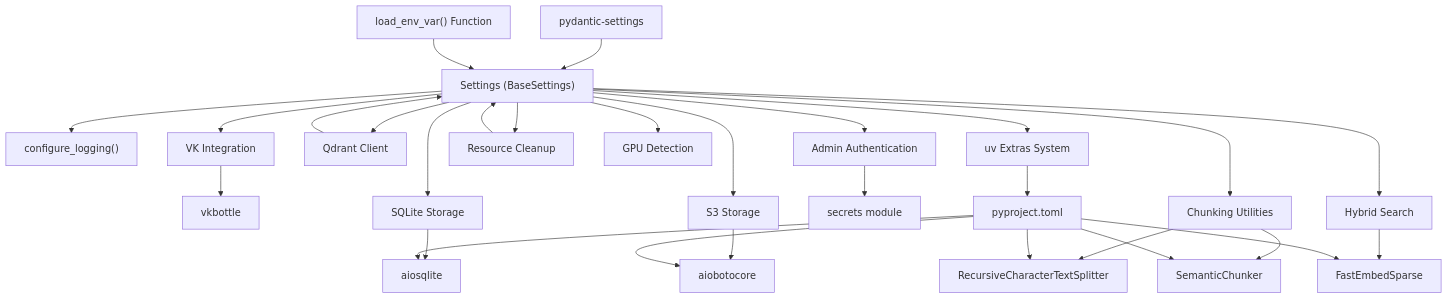
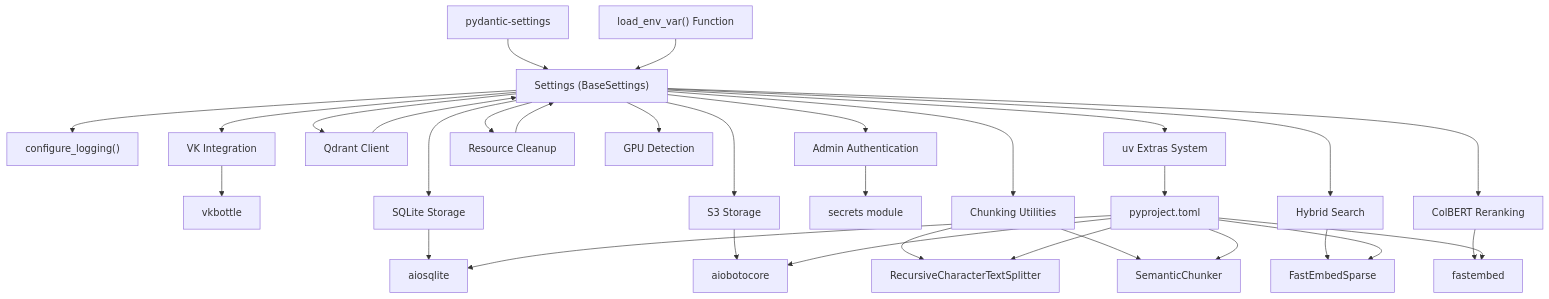
Before and after one commit to ognelis/cafetera_hr_bot: the sixth of 14 diagrams in .qoder/repowiki/en/content/Configuration Management.md, drawn with Mermaid. The commit also changed other lines of this file and 27 other files, not shown here.

````diff
--- a/.qoder/repowiki/en/content/Configuration Management.md
+++ b/.qoder/repowiki/en/content/Configuration Management.md
@@ -515,53 +571,58 @@
 ```mermaid
 graph TB
 Settings["Settings (BaseSettings)"]
 LoadEnv["load_env_var() Function"]
 Pydantic["pydantic-settings"]
 LoggingConfig["configure_logging()"]
 VKIntegration["VK Integration"]
 VKLib["vkbottle"]
 Qdrant["Qdrant Client"]
 SQLite["SQLite Storage"]
 Aiosqlite["aiosqlite"]
 S3Storage["S3 Storage"]
 Aiobotocore["aiobotocore"]
 AdminAuth["Admin Authentication"]
 Secrets["secrets module"]
 Cleanup["Resource Cleanup"]
 ChunkingUtils["Chunking Utilities"]
 RecursiveSplitter["RecursiveCharacterTextSplitter"]
 SemanticChunker["SemanticChunker"]
 HybridSearch["Hybrid Search"]
 FastEmbedSparse["FastEmbedSparse"]
+Reranking["ColBERT Reranking"]
+Fastembed["fastembed"]
 GPUDetection["GPU Detection"]
 UvExtras["uv Extras System"]
 Pyproject["pyproject.toml"]
 Pydantic --> Settings
 LoadEnv --> Settings
 Settings --> LoggingConfig
 Settings --> VKIntegration
 Settings --> Qdrant
 Settings --> SQLite
 Settings --> S3Storage
 Settings --> AdminAuth
 Settings --> Cleanup
 Settings --> ChunkingUtils
 Settings --> HybridSearch
+Settings --> Reranking
 Settings --> GPUDetection
 Settings --> UvExtras
 ChunkingUtils --> RecursiveSplitter
 ChunkingUtils --> SemanticChunker
 HybridSearch --> FastEmbedSparse
+Reranking --> Fastembed
 VKIntegration --> VKLib
 Qdrant --> Settings
 SQLite --> Aiosqlite
 S3Storage --> Aiobotocore
 AdminAuth --> Secrets
 Cleanup --> Settings
 UvExtras --> Pyproject
 Pyproject --> Aiosqlite
 Pyproject --> Aiobotocore
 Pyproject --> RecursiveSplitter
 Pyproject --> SemanticChunker
 Pyproject --> FastEmbedSparse
+Pyproject --> Fastembed
 ```
````
